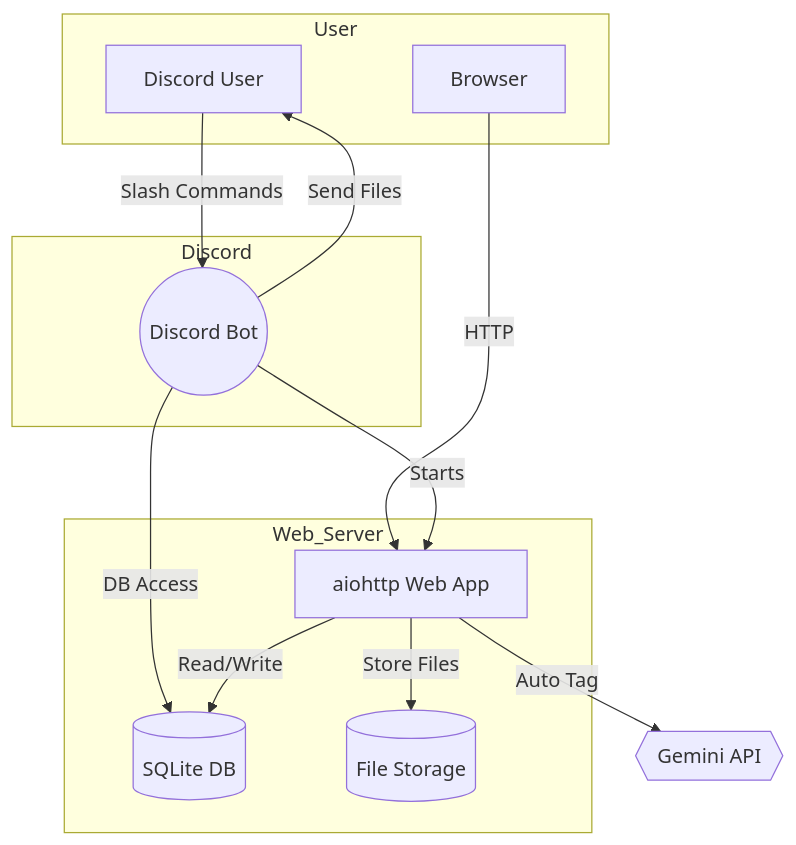
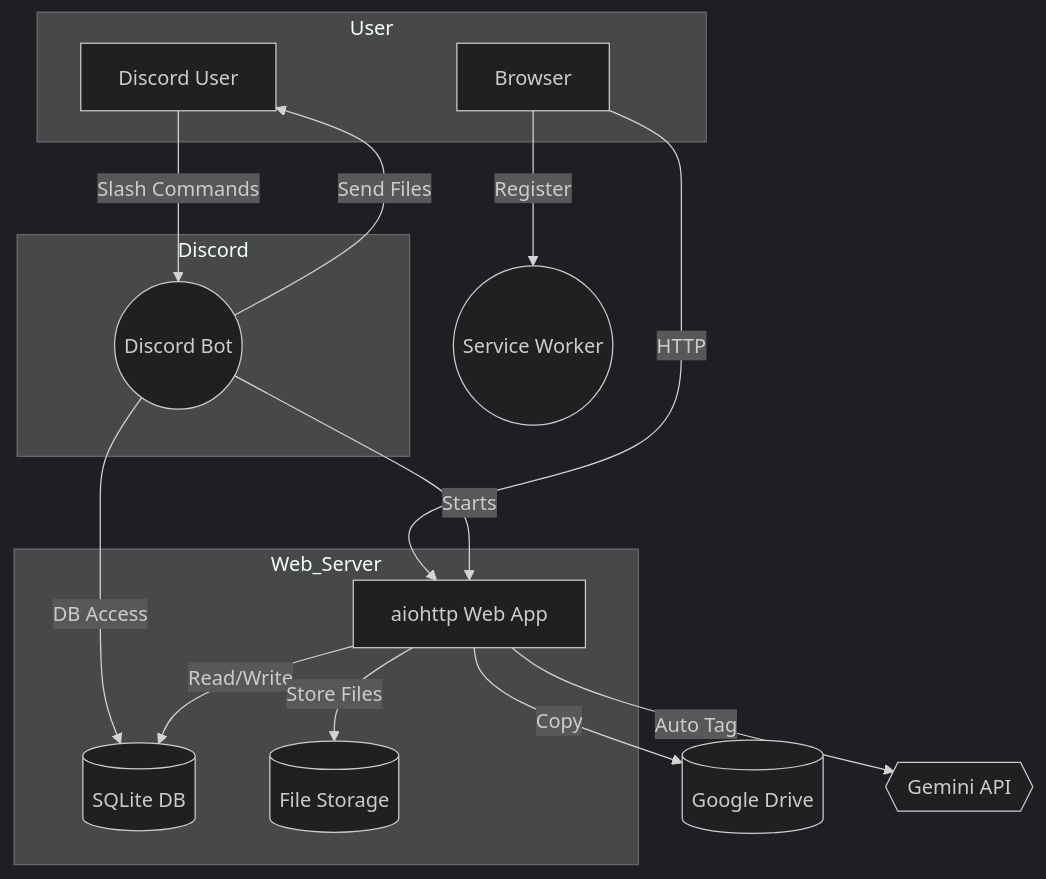
Before and after one commit to 5h1gerun/web_discord_server: the diagram in docs/architecture.mmd, drawn with Mermaid. The commit also changed 2 other files, not shown here.

Commit message:
Improve mermaid diagram readability in dark mode

```diff
--- a/docs/architecture.mmd
+++ b/docs/architecture.mmd
@@ -1,24 +1,29 @@
+%%{init: {'theme': 'dark'}}%%
 %% Web Discord Server System Overview
 graph TD
     subgraph User
         A[Discord User]
         B[Browser]
     end
     subgraph Discord
         Bot((Discord Bot))
     end
     subgraph Web_Server
         Web[aiohttp Web App]
         DB[(SQLite DB)]
         Files[(File Storage)]
     end
+    SW((Service Worker))
+    Drive[(Google Drive)]
     Gemini{{Gemini API}}
 
     A --"Slash Commands"--> Bot
     B --"HTTP"--> Web
+    B --"Register"--> SW
     Bot --"Starts"--> Web
     Bot --"DB Access"--> DB
     Web --"Read/Write"--> DB
     Web --"Store Files"--> Files
+    Web --"Copy"--> Drive
     Web --"Auto Tag"--> Gemini
     Bot --"Send Files"--> A
```
